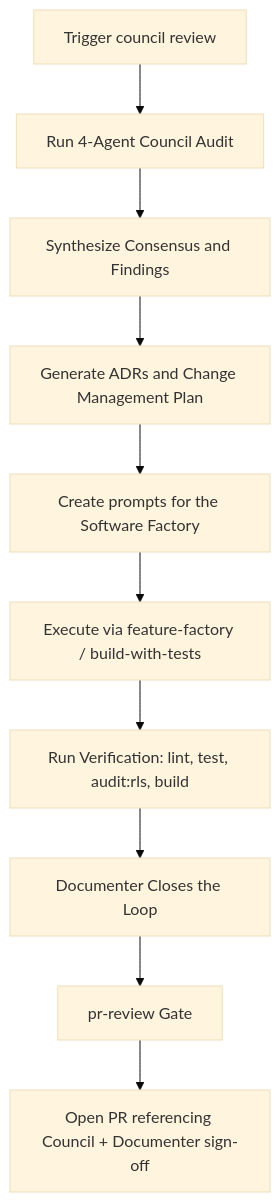
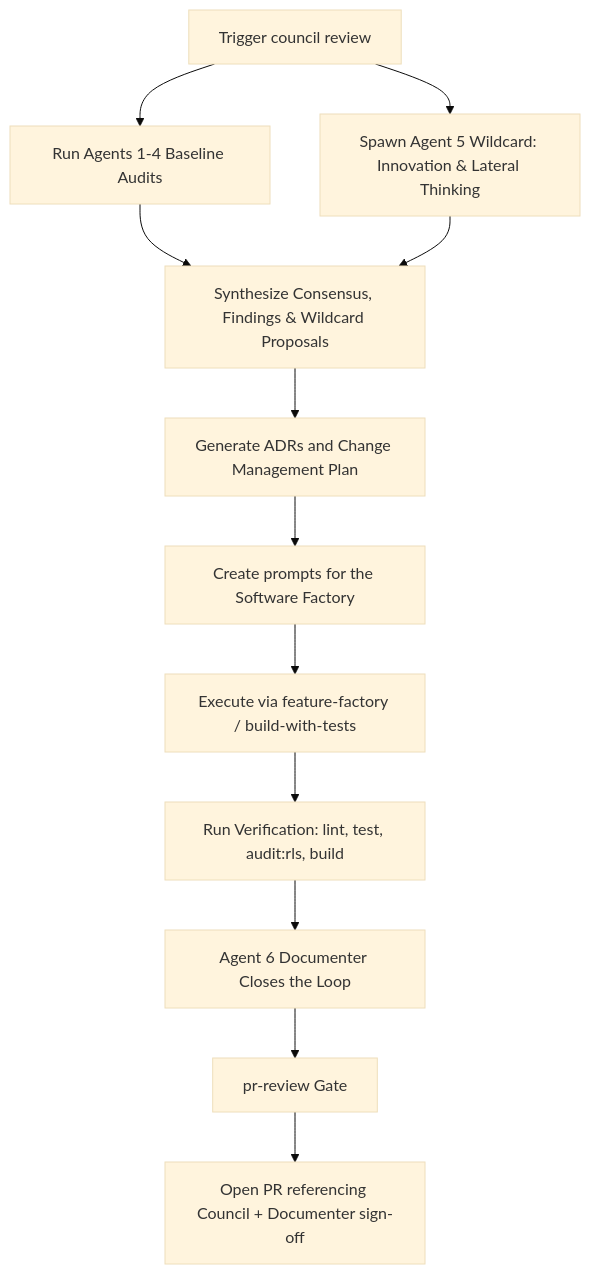
The diagram in improve-software.md (ricardojjulia/FaithFullScholars), drawn with Mermaid (base theme) before and after one commit. The commit also changed other lines of this file and 2 other files, not shown here.

Commit message:
feat(council): add Agent 5 Wildcard for lateral thinking and direct improvement challenges (#36)

````diff
--- a/improve-software.md
+++ b/improve-software.md
@@ -21,12 +22,14 @@
 ```mermaid
 graph TD
-    A[Trigger council review] --> B[Run 4-Agent Council Audit]
-    B --> C[Synthesize Consensus and Findings]
+    A[Trigger council review] --> B[Run Agents 1-4 Baseline Audits]
+    A --> W[Spawn Agent 5 Wildcard: Innovation & Lateral Thinking]
+    B --> C[Synthesize Consensus, Findings & Wildcard Proposals]
+    W --> C
     C --> D[Generate ADRs and Change Management Plan]
     D --> E[Create prompts for the Software Factory]
     E --> F[Execute via feature-factory / build-with-tests]
     F --> G[Run Verification: lint, test, audit:rls, build]
-    G --> H[Documenter Closes the Loop]
+    G --> H[Agent 6 Documenter Closes the Loop]
     H --> I[pr-review Gate]
     I --> J[Open PR referencing Council + Documenter sign-off]
 ```
````
